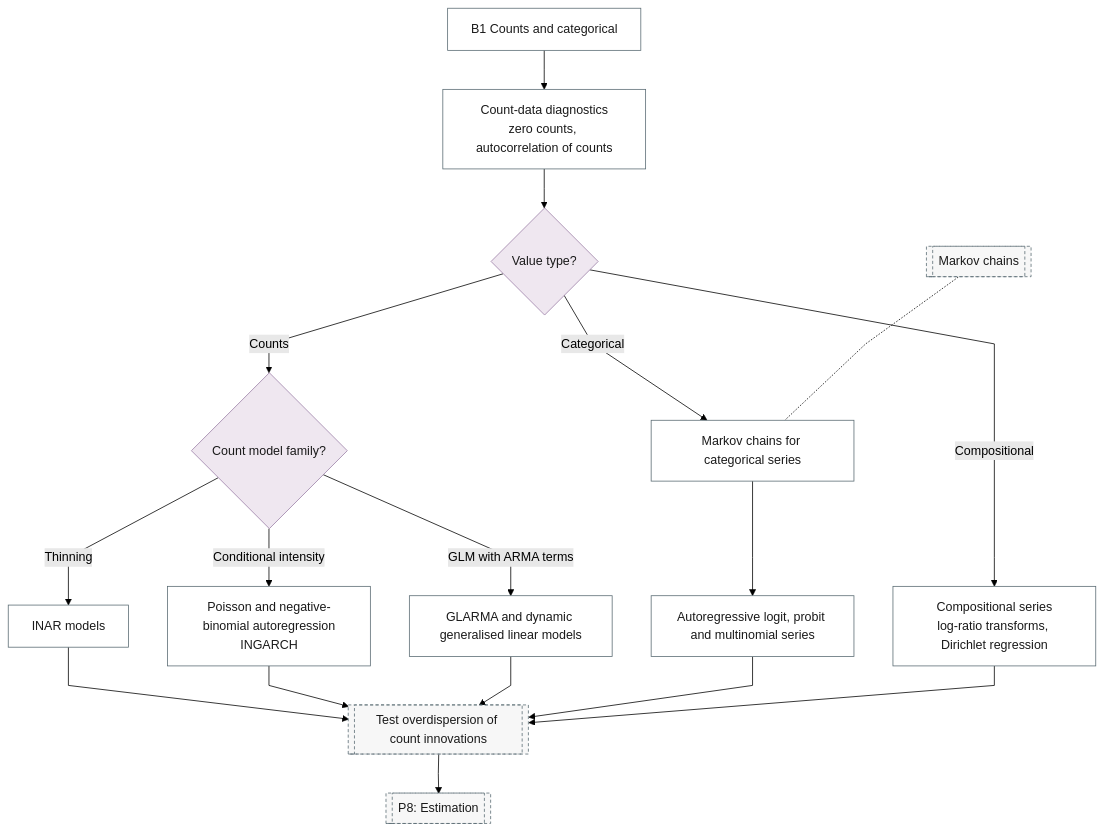
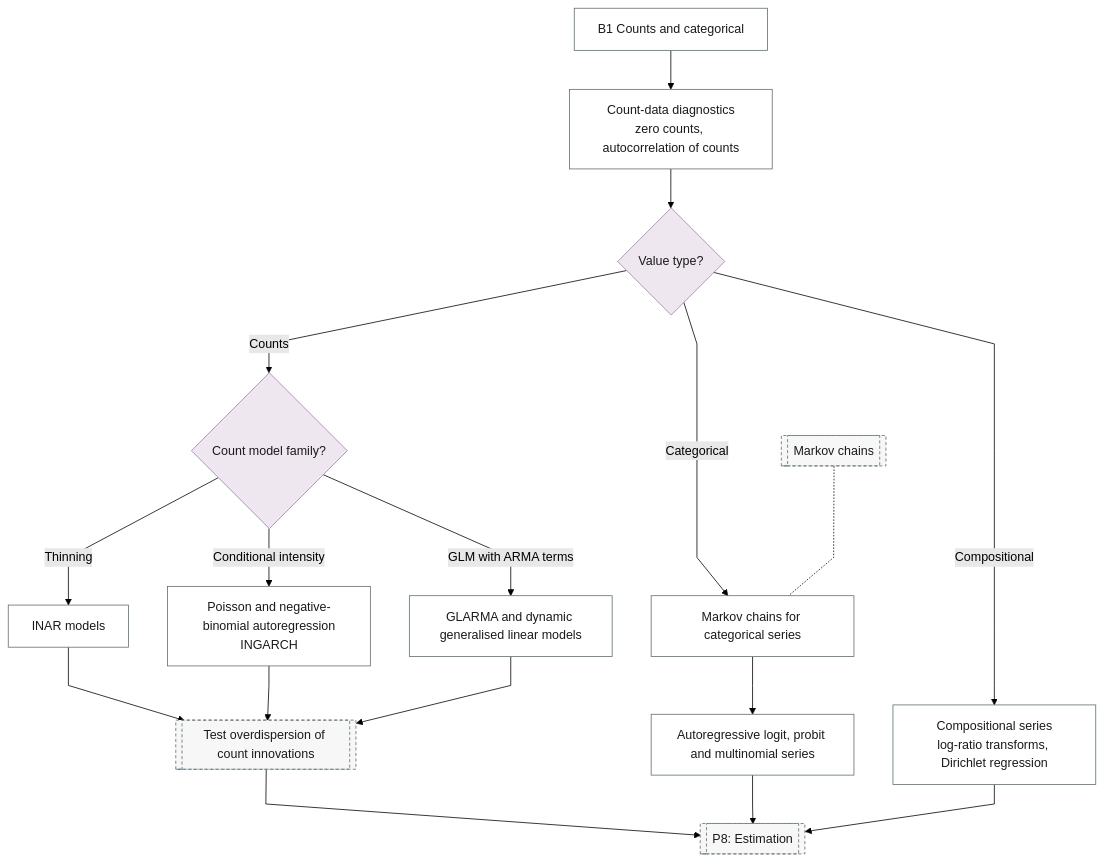
The diagram in docs/reference/16-count-categorical/index.md (Shuxin-Y/time-series-analysis-manual), drawn with Mermaid (forest theme) before and after one commit.

Commit message:
fix(flowchart): B1 sends only count models through the count-overdispersion test
Categorical and compositional models go straight to P8.

````diff
--- a/docs/reference/16-count-categorical/index.md
+++ b/docs/reference/16-count-categorical/index.md
@@ -7,27 +7,28 @@
 ```mermaid
 %%{init: {"flowchart": {"curve": "linear"}}}%%
 graph TD
     B1["B1 Counts and categorical"] --> B1_COUNT_EDA["Count-data diagnostics<br/>zero counts, autocorrelation of counts"]
     B1_COUNT_EDA --> B1_VALUE{"Value type?"}
     B1_VALUE -->|"Counts"| B1_COUNT_FAMILY{"Count model family?"}
     B1_VALUE -->|"Categorical"| B1_MARKOV_CHAIN["Markov chains for categorical series"]
     B1_VALUE -->|"Compositional"| B1_COMPOSITIONAL["Compositional series<br/>log-ratio transforms, Dirichlet regression"]
     B1_COUNT_FAMILY -->|"Thinning"| B1_INAR["INAR models"]
     B1_COUNT_FAMILY -->|"Conditional intensity"| B1_POISSON_AR["Poisson and negative-binomial autoregression<br/>INGARCH"]
     B1_COUNT_FAMILY -->|"GLM with ARMA terms"| B1_GLARMA["GLARMA and dynamic generalised linear models"]
     B1_MARKOV_CHAIN --> B1_AR_LOGIT["Autoregressive logit, probit and multinomial series"]
-    B1_INAR & B1_POISSON_AR & B1_GLARMA & B1_AR_LOGIT & B1_COMPOSITIONAL --> P7_COUNT_TESTS[["Test overdispersion of count innovations"]]
+    B1_INAR & B1_POISSON_AR & B1_GLARMA --> P7_COUNT_TESTS[["Test overdispersion of count innovations"]]
     P7_COUNT_TESTS --> P8[["P8: Estimation"]]
+    B1_AR_LOGIT & B1_COMPOSITIONAL --> P8
     F_MARKOV[["Markov chains"]] -.- B1_MARKOV_CHAIN
     class B1_VALUE,B1_COUNT_FAMILY decision
     class B1,B1_COUNT_EDA,B1_MARKOV_CHAIN,B1_COMPOSITIONAL,B1_INAR,B1_POISSON_AR,B1_GLARMA,B1_AR_LOGIT process
     class P7_COUNT_TESTS,P8,F_MARKOV ref
     classDef terminator fill:#E6F2F7,stroke:#007BA7,color:#1A1A1A;
     classDef process fill:#FFFFFF,stroke:#5A6B73,color:#1A1A1A;
     classDef decision fill:#EFE7F0,stroke:#9B7FA7,color:#1A1A1A;
     classDef data fill:#FFF4E0,stroke:#C9A55E,color:#1A1A1A;
     classDef good fill:#DCEFD8,stroke:#4A7A3F,color:#1A1A1A;
     classDef escalate fill:#FFE9C2,stroke:#C9A55E,color:#1A1A1A;
     classDef problem fill:#F2D9DE,stroke:#800020,color:#1A1A1A;
     classDef ref fill:#F7F7F7,stroke:#5A6B73,color:#1A1A1A,stroke-dasharray:4 3;
 ```
````
